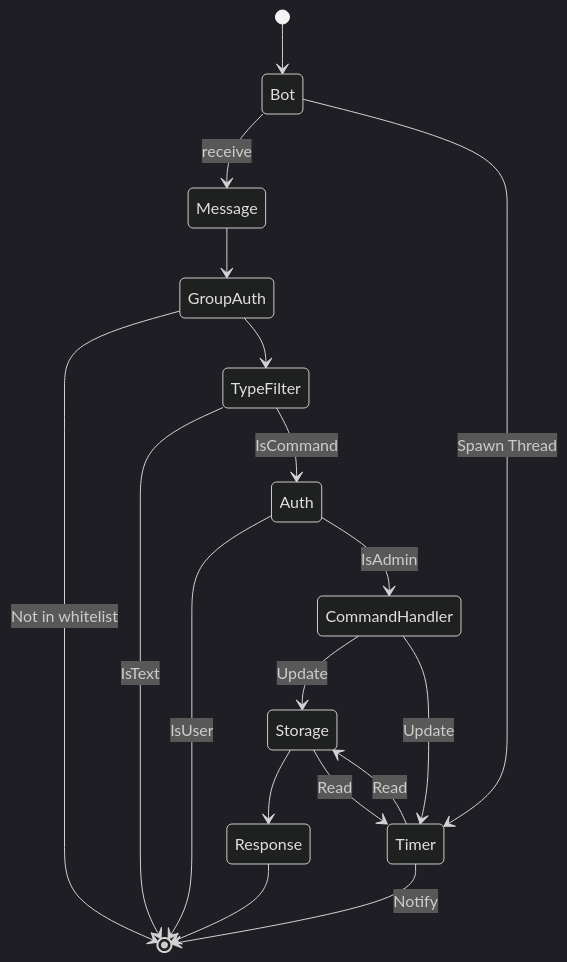
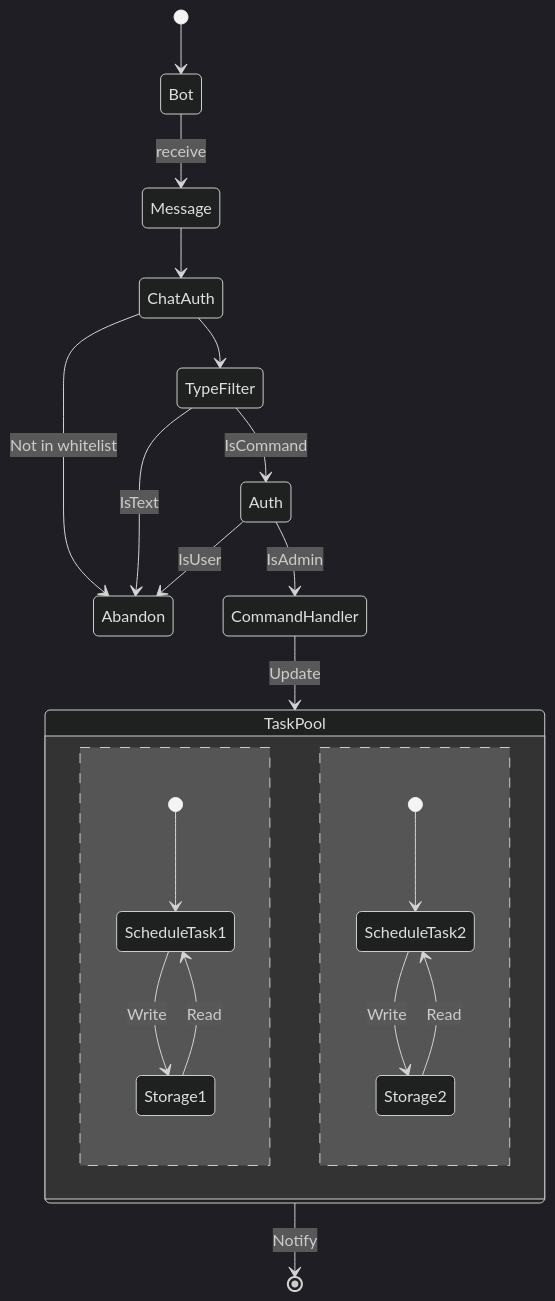
The first of 3 diagrams in docs.md (Avimitin/tg-schedule-notify-bot), drawn with Mermaid (dark theme) before and after one commit. The commit also changed other lines of this file, not shown here.

Commit message:
docs: rewrite the diagram

````diff
--- a/docs.md
+++ b/docs.md
@@ -11,22 +13,24 @@
 ```mermaid
 stateDiagram-v2
 
 [*] --> Bot
 Bot --> Message: receive
-Message --> GroupAuth
-GroupAuth --> [*]: Not in whitelist
-GroupAuth --> TypeFilter
-TypeFilter --> [*]: IsText
+Message -->ChatAuth
+ChatAuth --> Abandon: Not in whitelist
+ChatAuth --> TypeFilter
+TypeFilter --> Abandon: IsText
 TypeFilter --> Auth: IsCommand
-Auth --> [*]: IsUser
+Auth --> Abandon: IsUser
 Auth --> CommandHandler: IsAdmin
-Storage --> Response
-CommandHandler --> Storage: Update
-CommandHandler --> Timer: Update
-Timer-->Storage: Read
-Storage-->Timer: Read
-Bot-->Timer:Spawn Thread
-Timer --> [*]: Notify
-
-Response --> [*]
+state TaskPool {
+  [*] --> ScheduleTask1
+  ScheduleTask1 --> Storage1: Write
+  Storage1 --> ScheduleTask1: Read
+  --
+  [*] --> ScheduleTask2
+  ScheduleTask2 --> Storage2: Write
+  Storage2 --> ScheduleTask2: Read
+}
+CommandHandler --> TaskPool: Update
+TaskPool --> [*]: Notify
 ```
````
